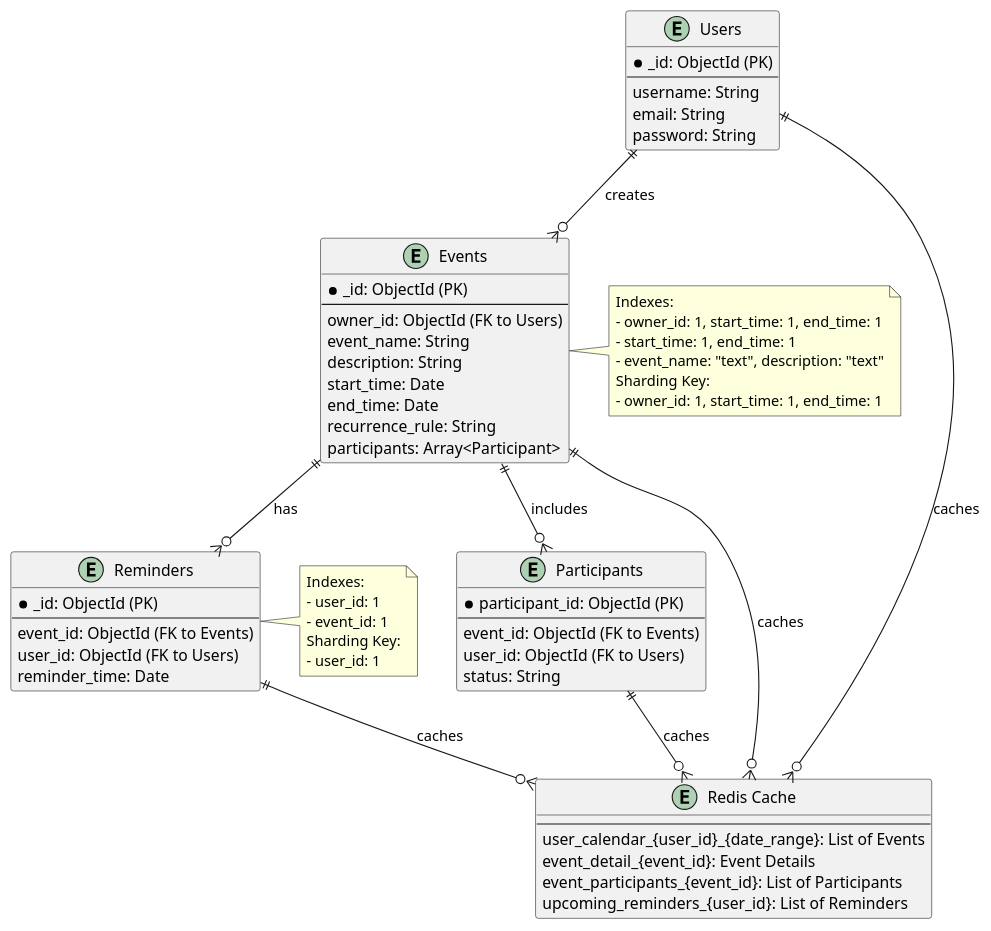
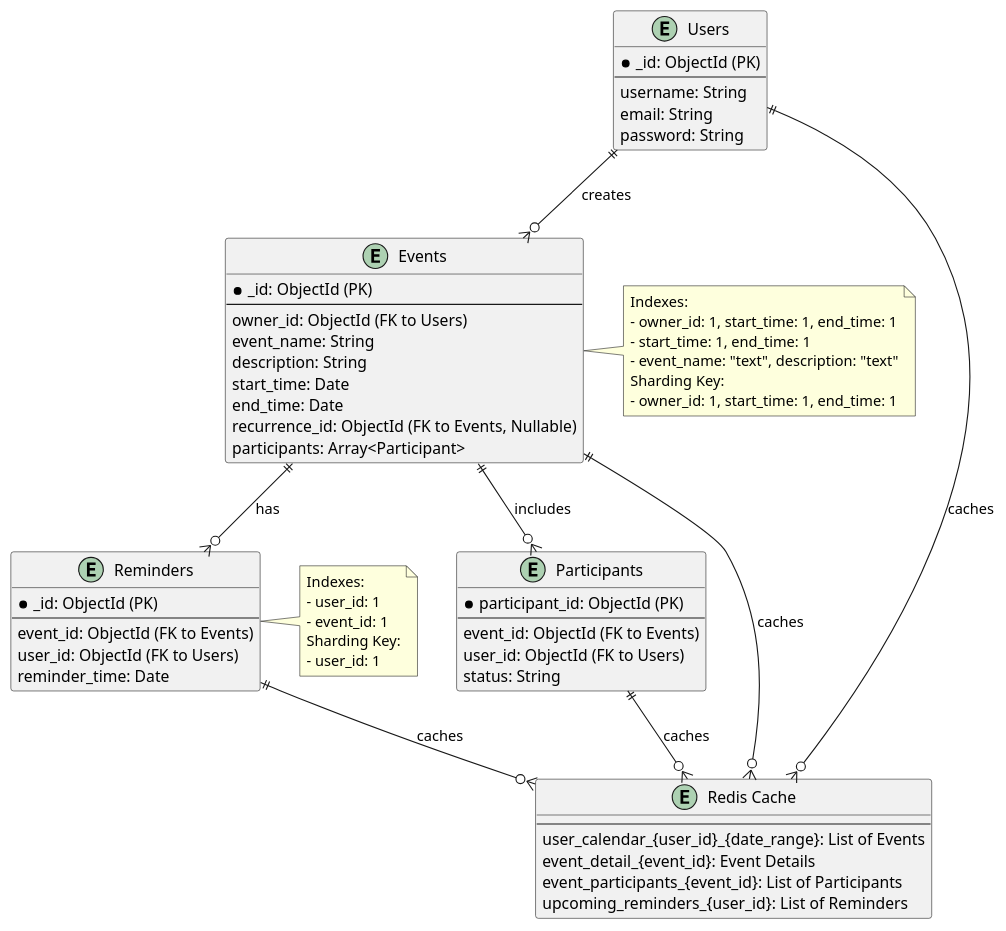
Before and after one commit to huangyingw/system_design: the diagram in high_traffic_calendar/high_traffic_calendar_mongodb_design.puml, drawn with PlantUML.

```diff
--- a/high_traffic_calendar/high_traffic_calendar_mongodb_design.puml
+++ b/high_traffic_calendar/high_traffic_calendar_mongodb_design.puml
@@ -1,72 +1,72 @@
 @startuml
 
 entity "Users" as U {
   *_id: ObjectId (PK)
   --
   username: String
   email: String
   password: String
 }
 
 entity "Events" as E {
   *_id: ObjectId (PK)
   --
   owner_id: ObjectId (FK to Users)
   event_name: String
   description: String
   start_time: Date
   end_time: Date
-  recurrence_rule: String
+  recurrence_id: ObjectId (FK to Events, Nullable)
   participants: Array<Participant>
 }
 
 entity "Participants" as P {
   *participant_id: ObjectId (PK)
   --
   event_id: ObjectId (FK to Events)
   user_id: ObjectId (FK to Users)
   status: String
 }
 
 entity "Reminders" as R {
   *_id: ObjectId (PK)
   --
   event_id: ObjectId (FK to Events)
   user_id: ObjectId (FK to Users)
   reminder_time: Date
 }
 
 entity "Redis Cache" as C {
   --
   user_calendar_{user_id}_{date_range}: List of Events
   event_detail_{event_id}: Event Details
   event_participants_{event_id}: List of Participants
   upcoming_reminders_{user_id}: List of Reminders
 }
 
 note right of E
   Indexes:
   - owner_id: 1, start_time: 1, end_time: 1
   - start_time: 1, end_time: 1
   - event_name: "text", description: "text"
   Sharding Key:
   - owner_id: 1, start_time: 1, end_time: 1
 end note
 
 note right of R
     Indexes:
     - user_id: 1
     - event_id: 1
     Sharding Key:
     - user_id: 1
   end note
 
 U ||--o{ E : creates
 E ||--o{ P : includes
 E ||--o{ R : has
 U ||--o{ C : caches
 E ||--o{ C : caches
 P ||--o{ C : caches
 R ||--o{ C : caches
 
 @enduml
```
